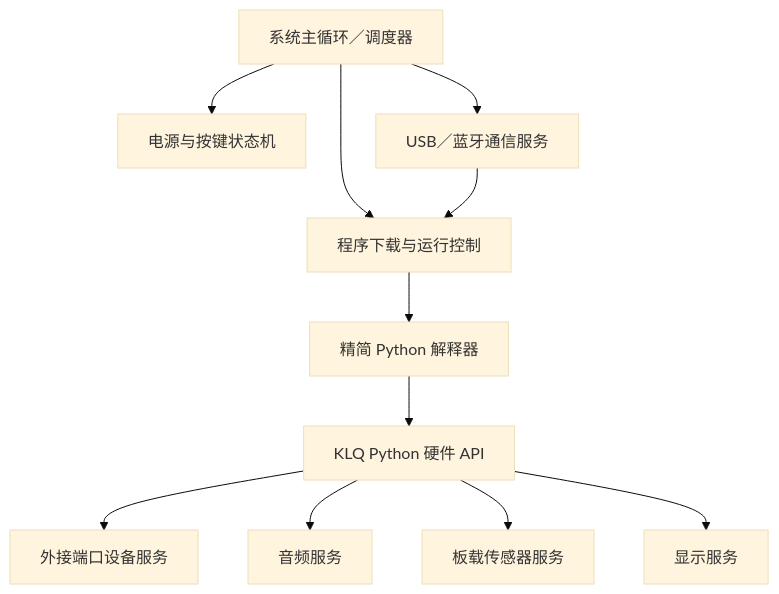
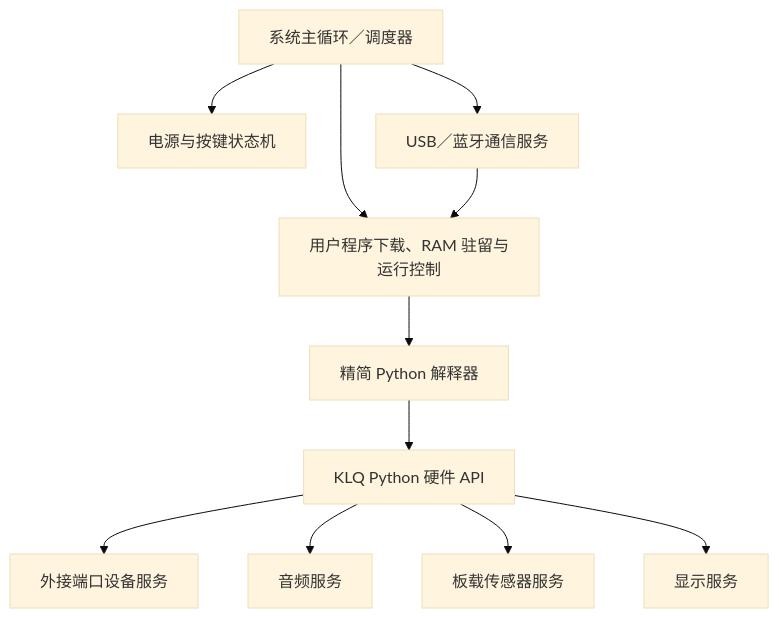
One commit to msl1831/KLQ_V2 changed the fifth of 5 diagrams in docs/architecture_current.md. Above: the diagram before and after it, drawn with Mermaid (base theme). The commit also changed other lines of this file and 3 other files, not shown here.

Commit message:
Clarify RAM-only user program architecture

````diff
--- a/docs/architecture_current.md
+++ b/docs/architecture_current.md
@@ -214,24 +249,24 @@
 ```mermaid
 flowchart TB
     LOOP[系统主循环／调度器]
     POWER[电源与按键状态机]
     COMM[USB／蓝牙通信服务]
-    PROGRAM[程序下载与运行控制]
+    PROGRAM[用户程序下载、RAM 驻留与运行控制]
     PY[精简 Python 解释器]
     API[KLQ Python 硬件 API]
     PORTS[外接端口设备服务]
     AUDIO[音频服务]
     SENSOR[板载传感器服务]
     DISPLAY[显示服务]
 
     LOOP --> POWER
     LOOP --> COMM
     LOOP --> PROGRAM
     PROGRAM --> PY
     PY --> API
     API --> PORTS
     API --> AUDIO
     API --> SENSOR
     API --> DISPLAY
     COMM --> PROGRAM
 ```
````
